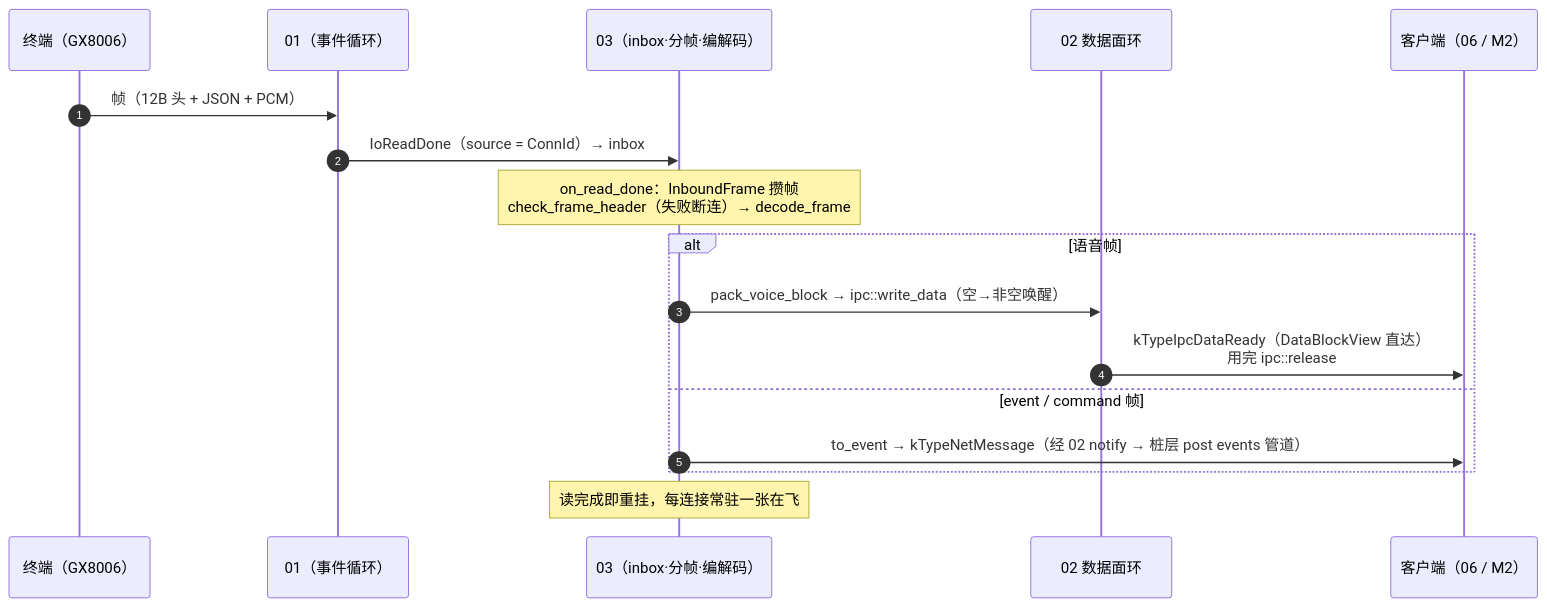
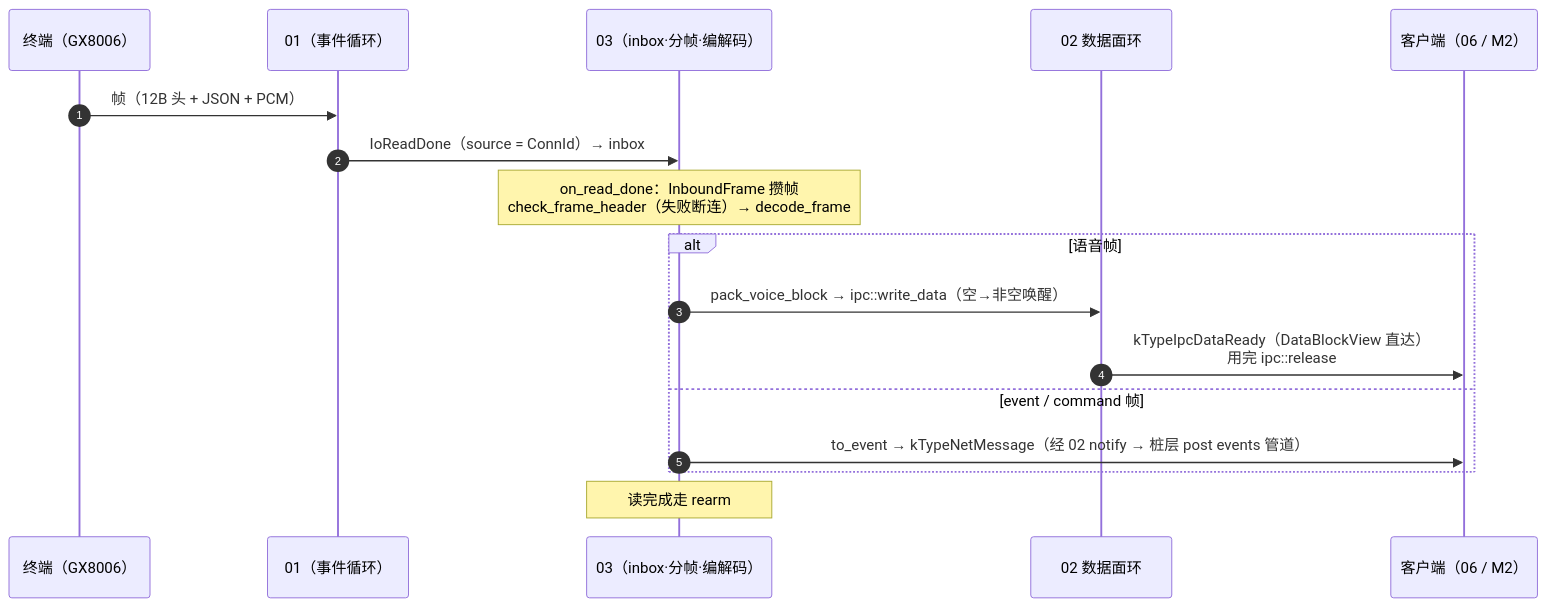
The first of 2 diagrams in doc/modules/03-network.md (hihfe/smartdoll), drawn with Mermaid before and after one commit. The commit also changed other lines of this file and 7 other files, not shown here.

````diff
--- a/doc/modules/03-network.md
+++ b/doc/modules/03-network.md
@@ -232,20 +232,20 @@
 ```mermaid
 sequenceDiagram
     autonumber
     participant T as 终端（GX8006）
     participant L01 as 01（事件循环）
     participant NET as 03（inbox·分帧·编解码）
     participant R as 02 数据面环
     participant C as 客户端（06 / M2）
 
     T->>L01: 帧（12B 头 + JSON + PCM）
     L01->>NET: IoReadDone（source = ConnId）→ inbox
     Note over NET: on_read_done：InboundFrame 攒帧<br/>check_frame_header（失败断连）→ decode_frame
     alt 语音帧
         NET->>R: pack_voice_block → ipc::write_data（空→非空唤醒）
         R->>C: kTypeIpcDataReady（DataBlockView 直达）<br/>用完 ipc::release
     else event / command 帧
         NET->>C: to_event → kTypeNetMessage（经 02 notify → 桩层 post events 管道）
     end
-    Note over NET: 读完成即重挂，每连接常驻一张在飞
+    Note over NET: 读完成走 rearm
 ```
````
